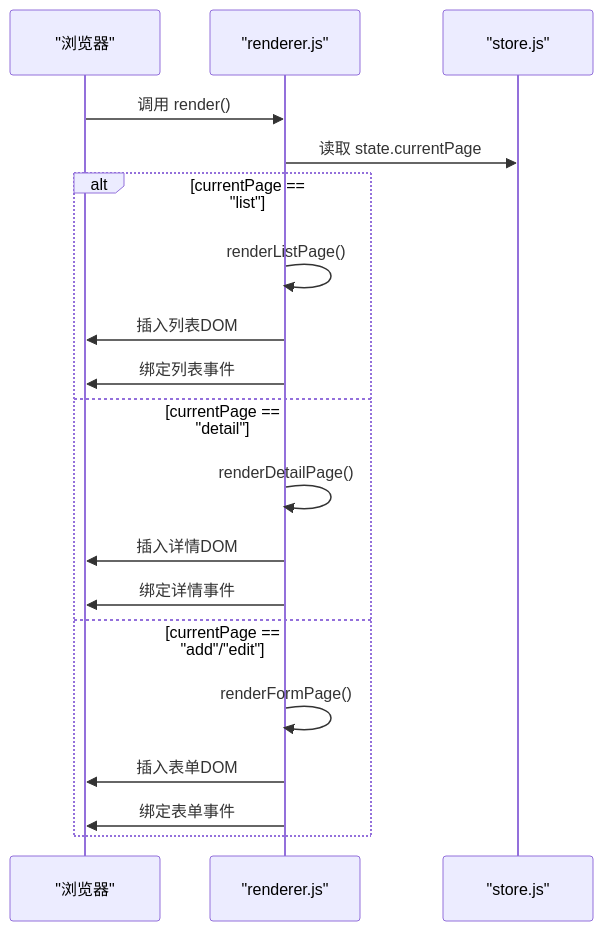
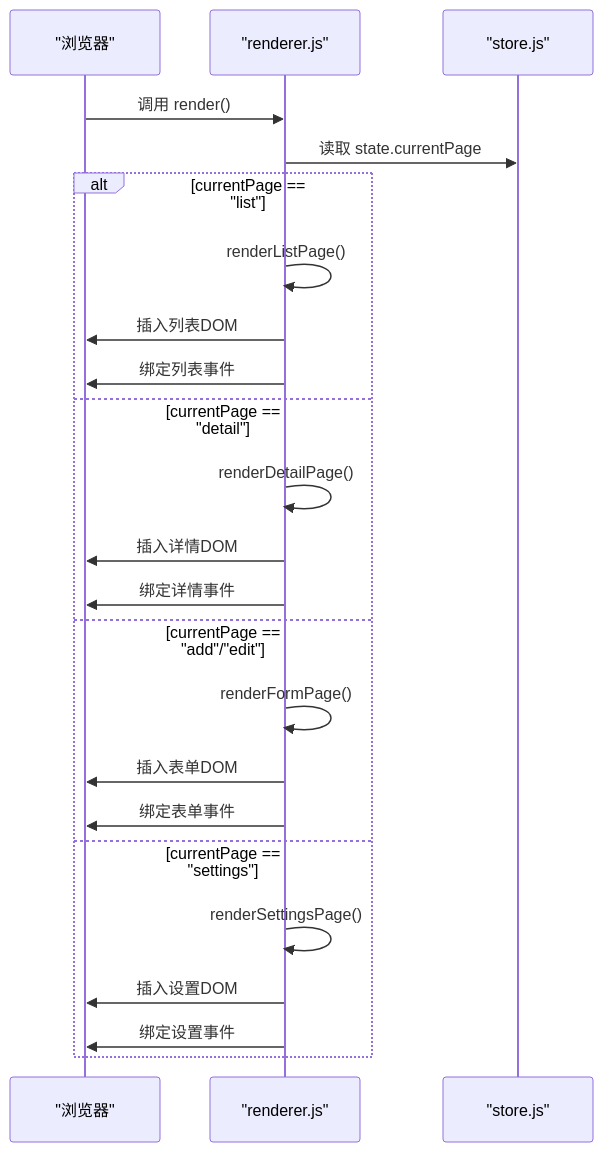
One commit to KAGUYA284/anima-list changed the fifth of 7 diagrams in .qoder/repowiki/zh/content/技术架构/前端架构.md. Above: the diagram before and after it, drawn with Mermaid. The commit also changed other lines of this file and 17 other files, not shown here.

````diff
--- a/.qoder/repowiki/zh/content/技术架构/前端架构.md
+++ b/.qoder/repowiki/zh/content/技术架构/前端架构.md
@@ -202,21 +278,25 @@
 ```mermaid
 sequenceDiagram
 participant UI as "浏览器"
 participant Renderer as "renderer.js"
 participant Store as "store.js"
 UI->>Renderer : 调用 render()
 Renderer->>Store : 读取 state.currentPage
 alt currentPage == "list"
 Renderer->>Renderer : renderListPage()
 Renderer->>UI : 插入列表DOM
 Renderer->>UI : 绑定列表事件
 else currentPage == "detail"
 Renderer->>Renderer : renderDetailPage()
 Renderer->>UI : 插入详情DOM
 Renderer->>UI : 绑定详情事件
 else currentPage == "add"/"edit"
 Renderer->>Renderer : renderFormPage()
 Renderer->>UI : 插入表单DOM
 Renderer->>UI : 绑定表单事件
+else currentPage == "settings"
+Renderer->>Renderer : renderSettingsPage()
+Renderer->>UI : 插入设置DOM
+Renderer->>UI : 绑定设置事件
 end
 ```
````
